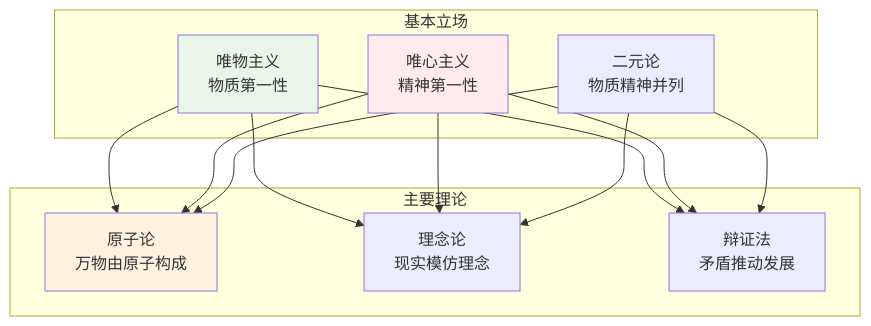
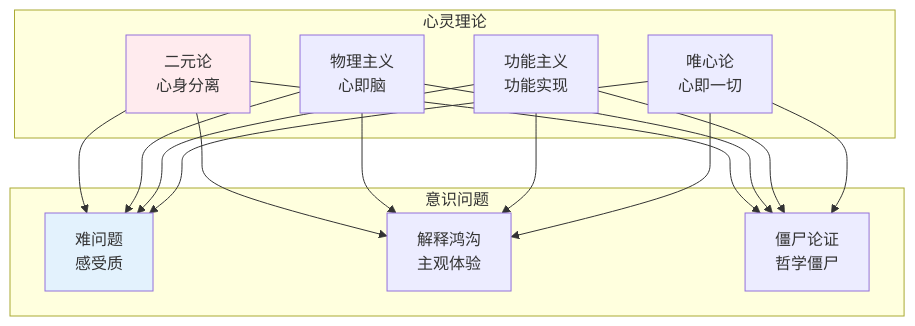
The second of 3 diagrams in content/humanities/philosophy/index.md (wxyClark/wxyClark.github.io), drawn with Mermaid before and after one commit. The commit also changed other lines of this file and 190 other files, not shown here.

````diff
--- a/content/humanities/philosophy/index.md
+++ b/content/humanities/philosophy/index.md
@@ -40,20 +65,20 @@
 ```mermaid
-flowchart TD
-    subgraph 基本立场
-        M[唯物主义<br/>物质第一性]
-        I[唯心主义<br/>精神第一性]
-        D[二元论<br/>物质精神并列]
+graph TB
+    subgraph 心灵理论
+        D1[二元论<br/>心身分离]
+        D2[物理主义<br/>心即脑]
+        D3[功能主义<br/>功能实现]
+        D4[唯心论<br/>心即一切]
     end
     
-    subgraph 主要理论
-        A[原子论<br/>万物由原子构成]
-        P[理念论<br/>现实模仿理念]
-        B[辩证法<br/>矛盾推动发展]
+    subgraph 意识问题
+        C1[难问题<br/>感受质]
+        C2[解释鸿沟<br/>主观体验]
+        C3[僵尸论证<br/>哲学僵尸]
     end
     
-    M & I & D --> A & P & B
+    D1 & D2 & D3 & D4 --> C1 & C2 & C3
     
-    style M fill:#e8f5e9
-    style I fill:#ffebee
-    style A fill:#fff3e0
+    style D1 fill:#ffebee
+    style C1 fill:#e3f2fd
 ```
````
